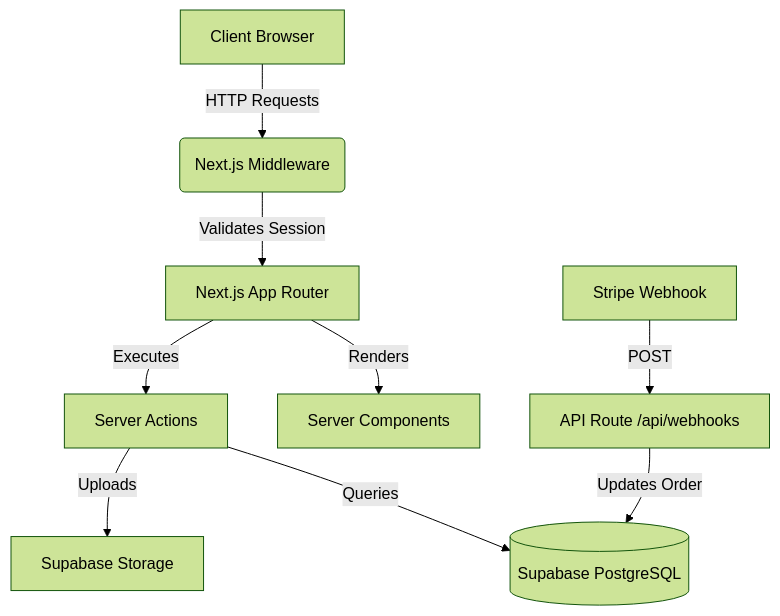
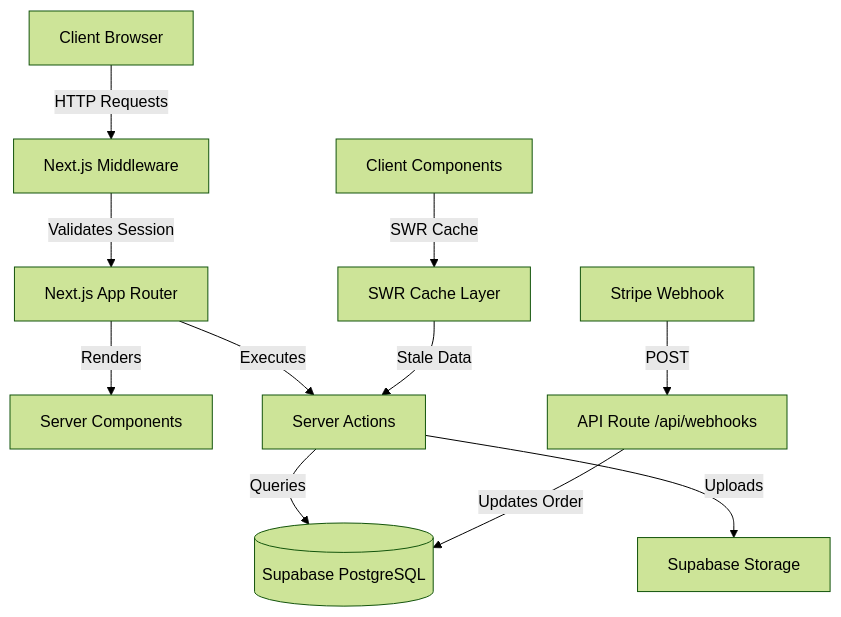
Before and after one commit to jakarea/boostbuddy-mvp: the diagram in README.md, drawn with Mermaid (forest theme). The commit also changed other lines of this file, not shown here.

````diff
--- a/README.md
+++ b/README.md
@@ -48,14 +51,17 @@
 ```mermaid
 graph TD
-    Client[Client Browser] -->|HTTP Requests| Middleware(Next.js Middleware)
+    Client[Client Browser] -->|HTTP Requests| Middleware[Next.js Middleware]
     Middleware -->|Validates Session| AppRouter[Next.js App Router]
-    
+
     AppRouter -->|Renders| ServerComponents[Server Components]
     AppRouter -->|Executes| ServerActions[Server Actions]
-    
+
     ServerActions -->|Queries| SupabaseDB[(Supabase PostgreSQL)]
     ServerActions -->|Uploads| SupabaseStorage[Supabase Storage]
-    
+
+    ClientComponents[Client Components] -->|SWR Cache| SWRCache[SWR Cache Layer]
+    SWRCache -->|Stale Data| ServerActions
+
     StripeWebhook[Stripe Webhook] -->|POST| APIRoute[API Route /api/webhooks]
     APIRoute -->|Updates Order| SupabaseDB
 ```
````
